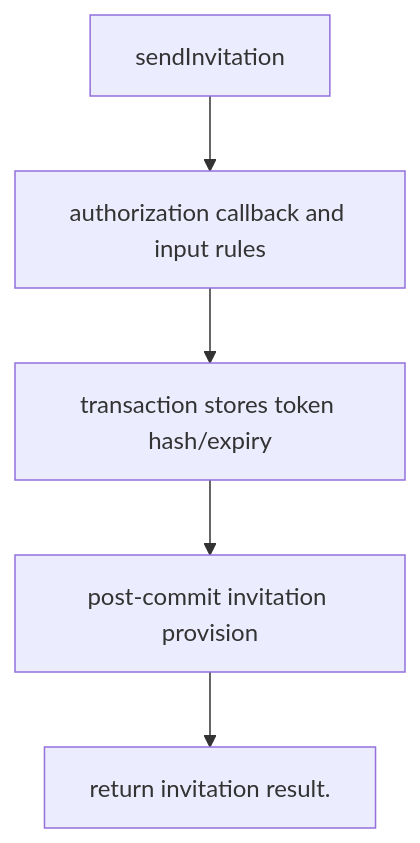
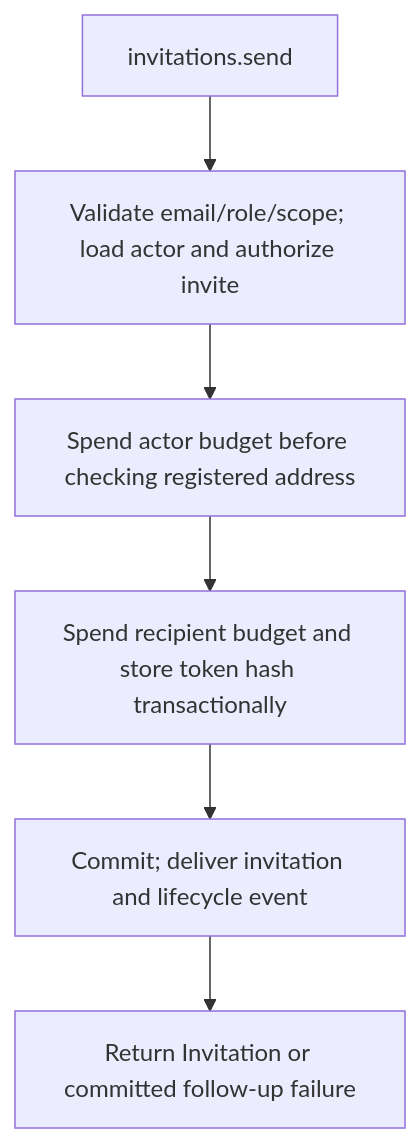
The second of 2 diagrams in user-stories/US-ACCOUNT-08-send-invitation.md (Kevinjohn/oss-adonisjs-account-kit), drawn with Mermaid before and after one commit. The commit also changed other lines of this file and 17 other files, not shown here.

````diff
--- a/user-stories/US-ACCOUNT-08-send-invitation.md
+++ b/user-stories/US-ACCOUNT-08-send-invitation.md
@@ -33,12 +31,8 @@
 ```mermaid
 flowchart TD
-    C0["sendInvitation"]
-    C1["authorization callback and input rules"]
-    C0 --> C1
-    C2["transaction stores token hash/expiry"]
-    C1 --> C2
-    C3["post-commit invitation provision"]
-    C2 --> C3
-    C4["return invitation result."]
-    C3 --> C4
+ A["invitations.send"] --> B["Validate email/role/scope; load actor and authorize invite"]
+ B --> C["Spend actor budget before checking registered address"]
+ C --> D["Spend recipient budget and store token hash transactionally"]
+ D --> E["Commit; deliver invitation and lifecycle event"]
+ E --> F["Return Invitation or committed follow-up failure"]
 ```
````
